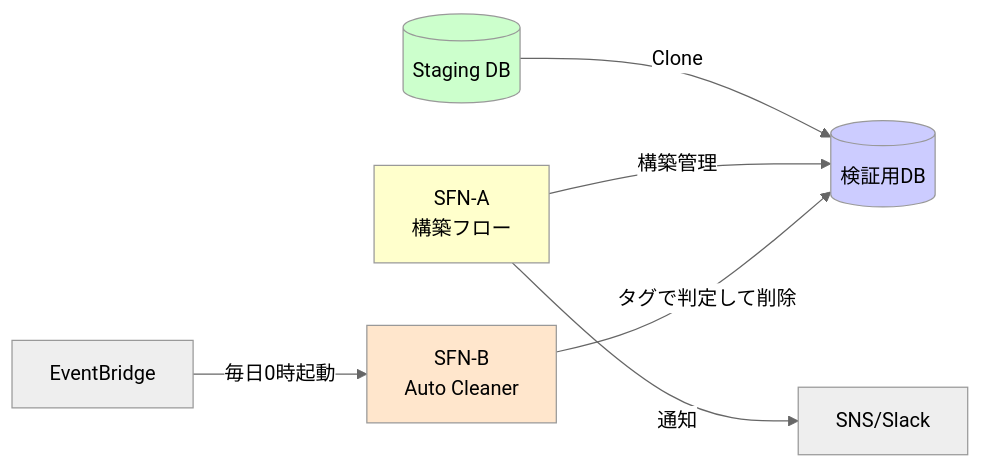
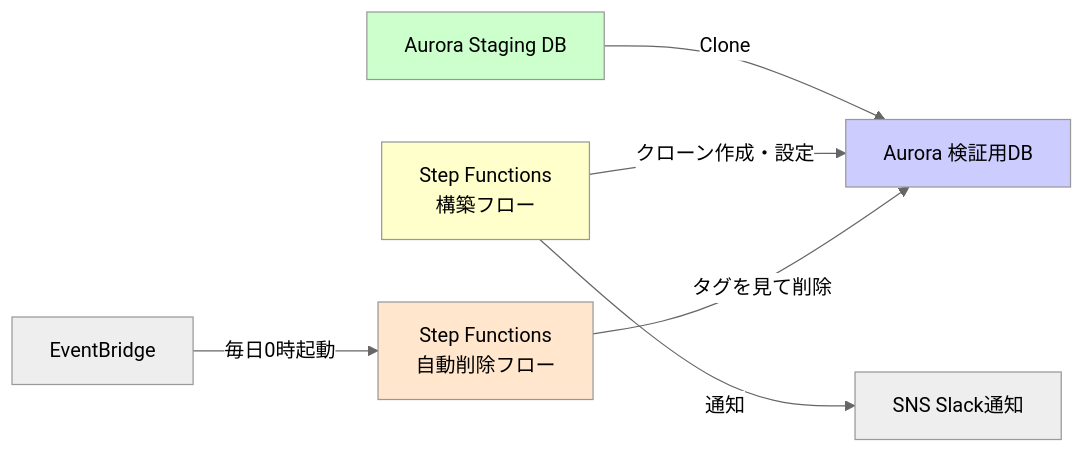
One commit to gi-no/zenn_paiza changed the first of 4 diagrams in articles/aurora-clone-verification-db-stepfunctions.md. Above: the diagram before and after it, drawn with Mermaid (neutral theme). The commit also changed other lines of this file, not shown here.

````diff
--- a/articles/aurora-clone-verification-db-stepfunctions.md
+++ b/articles/aurora-clone-verification-db-stepfunctions.md
@@ -39,13 +46,13 @@
 ```mermaid
 graph LR
-  A[(Staging DB)] -->|Clone| B[(検証用DB)]
-  C[SFN-A<br/>構築フロー] -->|構築管理| B
-  D[EventBridge] -->|毎日0時起動| F[SFN-B<br/>Auto Cleaner]
-  F -->|タグで判定して削除| B
-  C -->|通知| E[SNS/Slack]
+  A[Aurora Staging DB] -->|Clone| B[Aurora 検証用DB]
+  C[Step Functions<br/>構築フロー] -->|クローン作成・設定| B
+  D[EventBridge] -->|毎日0時起動| F[Step Functions<br/>自動削除フロー]
+  F -->|タグを見て削除| B
+  C -->|通知| E[SNS Slack通知]
 
   style A fill:#ccffcc
   style B fill:#ccccff
   style C fill:#ffffcc
   style F fill:#ffe6cc
 ```
````
